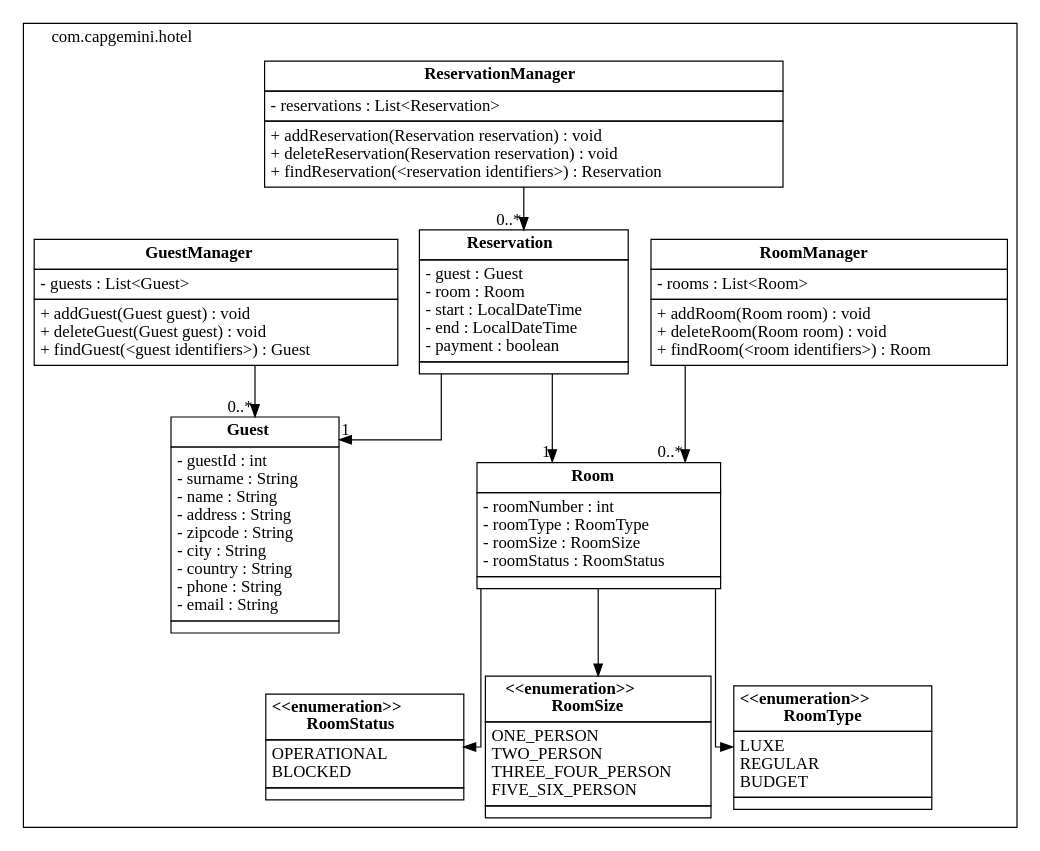
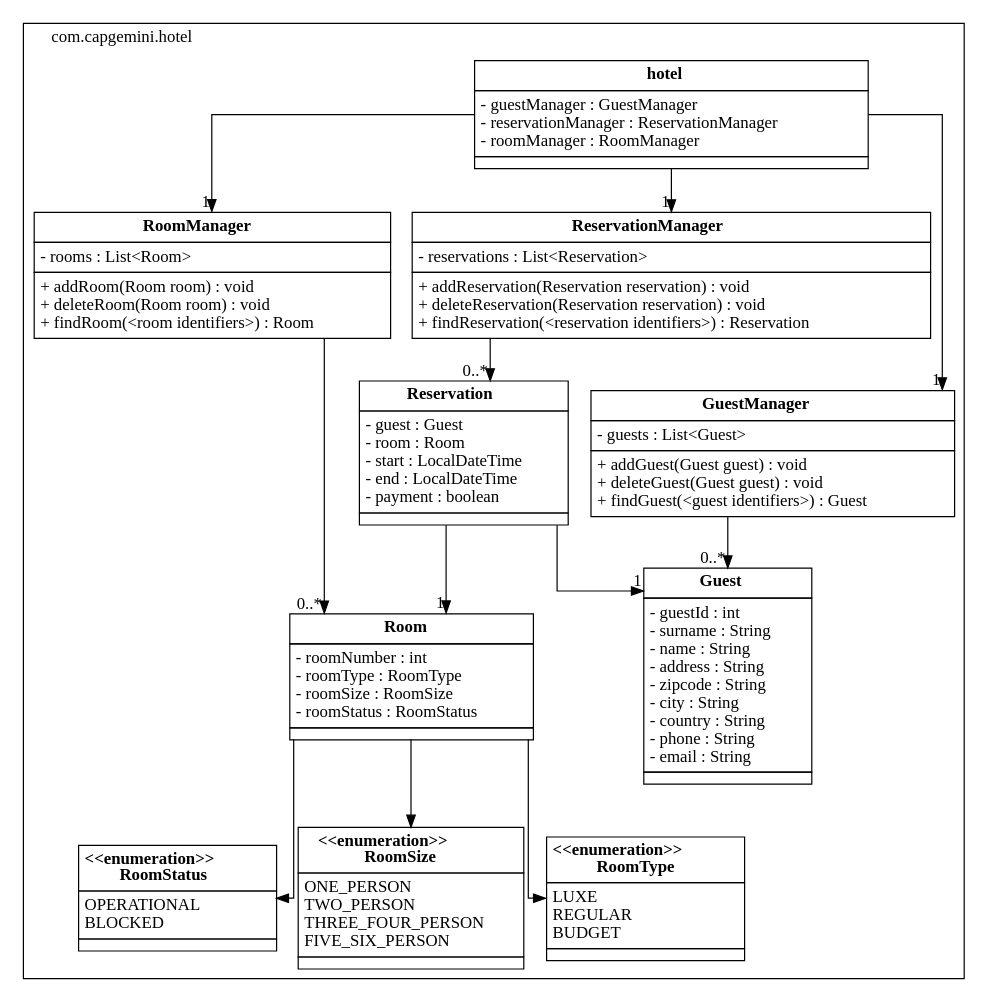
The diagram in documents/class_diagram.dot (Gh0stR0ck/set-hotel-app), drawn with Graphviz before and after one commit. The commit also changed 2 other files, not shown here.

Commit message:
Added hotel entity to class diagram

```diff
--- a/documents/class_diagram.dot
+++ b/documents/class_diagram.dot
@@ -1,167 +1,185 @@
 digraph {
 	forcelabels=true;
 	rankdir="TD";
 	splines=ortho;
 	
 	node [
 		shape=none;
 		margin=0;
 	];
 	
 	subgraph cluster_capgemini_hotel {
 		label="com.capgemini.hotel";
 		labeljust="l";
 		
 		room_status [
 			label=<<TABLE BORDER="0" CELLBORDER="1" CELLSPACING="0" CELLPADDING="4">
 				<TR><TD ALIGN="CENTER" BALIGN="CENTER"><B>
 					&lt;&lt;enumeration&gt;&gt; <BR/>
 					RoomStatus
 				</B></TD></TR>
 				<TR><TD ALIGN="LEFT" BALIGN="LEFT">
 					OPERATIONAL <BR/>
 					BLOCKED
 				</TD></TR>
 				<TR><TD ALIGN="LEFT" BALIGN="LEFT">
 				</TD></TR>
 			</TABLE>>
 		];
 		room_size [
 			label=<<TABLE BORDER="0" CELLBORDER="1" CELLSPACING="0" CELLPADDING="4">
 				<TR><TD ALIGN="CENTER" BALIGN="CENTER"><B>
 					&lt;&lt;enumeration&gt;&gt; <BR/>
 					RoomSize
 				</B></TD></TR>
 				<TR><TD ALIGN="LEFT" BALIGN="LEFT">
 					ONE_PERSON <BR/>
 					TWO_PERSON <BR/>
 					THREE_FOUR_PERSON <BR/>
 					FIVE_SIX_PERSON
 				</TD></TR>
 				<TR><TD ALIGN="LEFT" BALIGN="LEFT">
 				</TD></TR>
 			</TABLE>>
 		];
 		room_type [
 			label=<<TABLE BORDER="0" CELLBORDER="1" CELLSPACING="0" CELLPADDING="4">
 				<TR><TD ALIGN="CENTER" BALIGN="CENTER"><B>
 					&lt;&lt;enumeration&gt;&gt; <BR/>
 					RoomType
 				</B></TD></TR>
 				<TR><TD ALIGN="LEFT" BALIGN="LEFT">
 					LUXE <BR/>
 					REGULAR <BR/>
 					BUDGET
 				</TD></TR>
 				<TR><TD ALIGN="LEFT" BALIGN="LEFT">
 				</TD></TR>
 			</TABLE>>
 		];
 		room [
 			label=<<TABLE BORDER="0" CELLBORDER="1" CELLSPACING="0" CELLPADDING="4">
 				<TR><TD ALIGN="CENTER" BALIGN="CENTER"><B>
 					Room
 				</B></TD></TR>
 				<TR><TD ALIGN="LEFT" BALIGN="LEFT">
 					- roomNumber : int<BR/>
 					- roomType : RoomType<BR/>
 					- roomSize : RoomSize<BR/>
 					- roomStatus : RoomStatus
 				</TD></TR>
 				<TR><TD ALIGN="LEFT" BALIGN="LEFT">
 				</TD></TR>
 			</TABLE>>
 		];
 		reservation [
 			label=<<TABLE BORDER="0" CELLBORDER="1" CELLSPACING="0" CELLPADDING="4">
 				<TR><TD ALIGN="CENTER" BALIGN="CENTER"><B>
 					Reservation
 				</B></TD></TR>
 				<TR><TD ALIGN="LEFT" BALIGN="LEFT">
 					- guest : Guest<BR/>
 					- room : Room<BR/>
 					- start : LocalDateTime<BR/>
 					- end : LocalDateTime<BR/>
 					- payment : boolean
 				</TD></TR>
 				<TR><TD ALIGN="LEFT" BALIGN="LEFT">
 				</TD></TR>
 			</TABLE>>
 		];
 		guest [
 			label=<<TABLE BORDER="0" CELLBORDER="1" CELLSPACING="0" CELLPADDING="4">
 				<TR><TD ALIGN="CENTER" BALIGN="CENTER"><B>
 					Guest
 				</B></TD></TR>
 				<TR><TD ALIGN="LEFT" BALIGN="LEFT">
 					- guestId : int<BR/>
 					- surname : String<BR/>
 					- name : String<BR/>
 					- address : String<BR/>
 					- zipcode : String<BR/>
 					- city : String<BR/>
 					- country : String<BR/>
 					- phone : String<BR/>
 					- email : String
 				</TD></TR>
 				<TR><TD ALIGN="LEFT" BALIGN="LEFT">
 				</TD></TR>
 			</TABLE>>
 		];
 		room_manager [
 			label=<<TABLE BORDER="0" CELLBORDER="1" CELLSPACING="0" CELLPADDING="4">
 				<TR><TD ALIGN="CENTER" BALIGN="CENTER"><B>
 					RoomManager
 				</B></TD></TR>
 				<TR><TD ALIGN="LEFT" BALIGN="LEFT">
 					- rooms : List&lt;Room&gt;
 				</TD></TR>
 				<TR><TD ALIGN="LEFT" BALIGN="LEFT">
 					+ addRoom(Room room) : void<BR/>
 					+ deleteRoom(Room room) : void<BR/>
 					+ findRoom(&lt;room identifiers&gt;) : Room
 				</TD></TR>
 			</TABLE>>
 		];
 		guest_manager [
 			label=<<TABLE BORDER="0" CELLBORDER="1" CELLSPACING="0" CELLPADDING="4">
 				<TR><TD ALIGN="CENTER" BALIGN="CENTER"><B>
 					GuestManager
 				</B></TD></TR>
 				<TR><TD ALIGN="LEFT" BALIGN="LEFT">
 					- guests : List&lt;Guest&gt;
 				</TD></TR>
 				<TR><TD ALIGN="LEFT" BALIGN="LEFT">
 					+ addGuest(Guest guest) : void<BR/>
 					+ deleteGuest(Guest guest) : void<BR/>
 					+ findGuest(&lt;guest identifiers&gt;) : Guest
 				</TD></TR>
 			</TABLE>>
 		];
 		reservation_manager [
 			label=<<TABLE BORDER="0" CELLBORDER="1" CELLSPACING="0" CELLPADDING="4">
 				<TR><TD ALIGN="CENTER" BALIGN="CENTER"><B>
 					ReservationManager
 				</B></TD></TR>
 				<TR><TD ALIGN="LEFT" BALIGN="LEFT">
 					- reservations : List&lt;Reservation&gt;
 				</TD></TR>
 				<TR><TD ALIGN="LEFT" BALIGN="LEFT">
 					+ addReservation(Reservation reservation) : void<BR/>
 					+ deleteReservation(Reservation reservation) : void<BR/>
 					+ findReservation(&lt;reservation identifiers&gt;) : Reservation
 				</TD></TR>
 			</TABLE>>
 		];
+		hotel [
+			label=<<TABLE BORDER="0" CELLBORDER="1" CELLSPACING="0" CELLPADDING="4">
+				<TR><TD ALIGN="CENTER" BALIGN="CENTER"><B>
+					hotel
+				</B></TD></TR>
+				<TR><TD ALIGN="LEFT" BALIGN="LEFT">
+					- guestManager : GuestManager<BR/>
+					- reservationManager : ReservationManager<BR/>
+					- roomManager : RoomManager
+				</TD></TR>
+				<TR><TD ALIGN="LEFT" BALIGN="LEFT">
+				</TD></TR>
+			</TABLE>>
+		];
 	}
 	reservation -> guest [headlabel="1"];
 	reservation -> room [headlabel="1"];
 	
 	room -> room_size;
 	room -> room_status;
 	room -> room_type;
 	
+	hotel -> guest_manager[headlabel="1"];
+	hotel -> reservation_manager[headlabel="1"];
+	hotel -> room_manager[headlabel="1"];
+	
 	guest_manager -> guest [headlabel="0..*"];
 	reservation_manager -> reservation [headlabel="0..*"];
 	room_manager -> room [headlabel="0..*"];
 }
```
